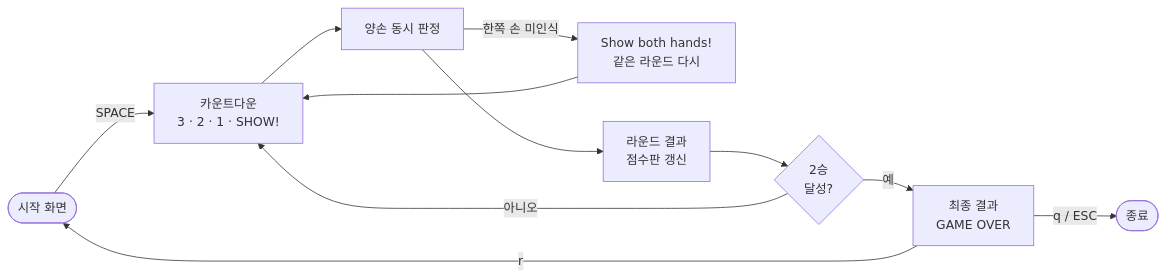
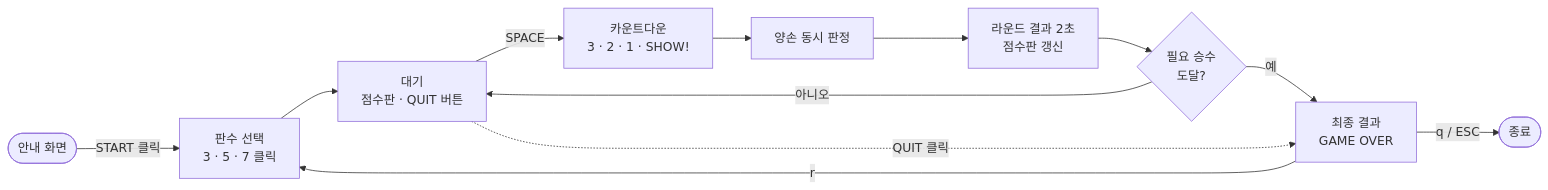
One commit to khseob2/RPS changed the diagram in README.md. Above: the diagram before and after it, drawn with Mermaid. The commit also changed other lines of this file, not shown here.

````diff
--- a/README.md
+++ b/README.md
@@ -40,13 +38,14 @@
 ```mermaid
 flowchart LR
-    A([시작 화면]) -- SPACE --> C["카운트다운<br/>3 · 2 · 1 · SHOW!"]
+    A([안내 화면]) -- START 클릭 --> B["판수 선택<br/>3 · 5 · 7 클릭"]
+    B --> W["대기<br/>점수판 · QUIT 버튼"]
+    W -- SPACE --> C["카운트다운<br/>3 · 2 · 1 · SHOW!"]
     C --> D["양손 동시 판정"]
-    D -- 한쪽 손 미인식 --> R["Show both hands!<br/>같은 라운드 다시"]
-    R --> C
-    D --> E["라운드 결과<br/>점수판 갱신"]
-    E --> F{"2승<br/>달성?"}
-    F -- 아니오 --> C
+    D --> E["라운드 결과 2초<br/>점수판 갱신"]
+    E --> F{"필요 승수<br/>도달?"}
+    F -- 아니오 --> W
     F -- 예 --> G["최종 결과<br/>GAME OVER"]
-    G -- r --> A
+    W -. QUIT 클릭 .-> G
+    G -- r --> B
     G -- q / ESC --> H([종료])
 ```
````
